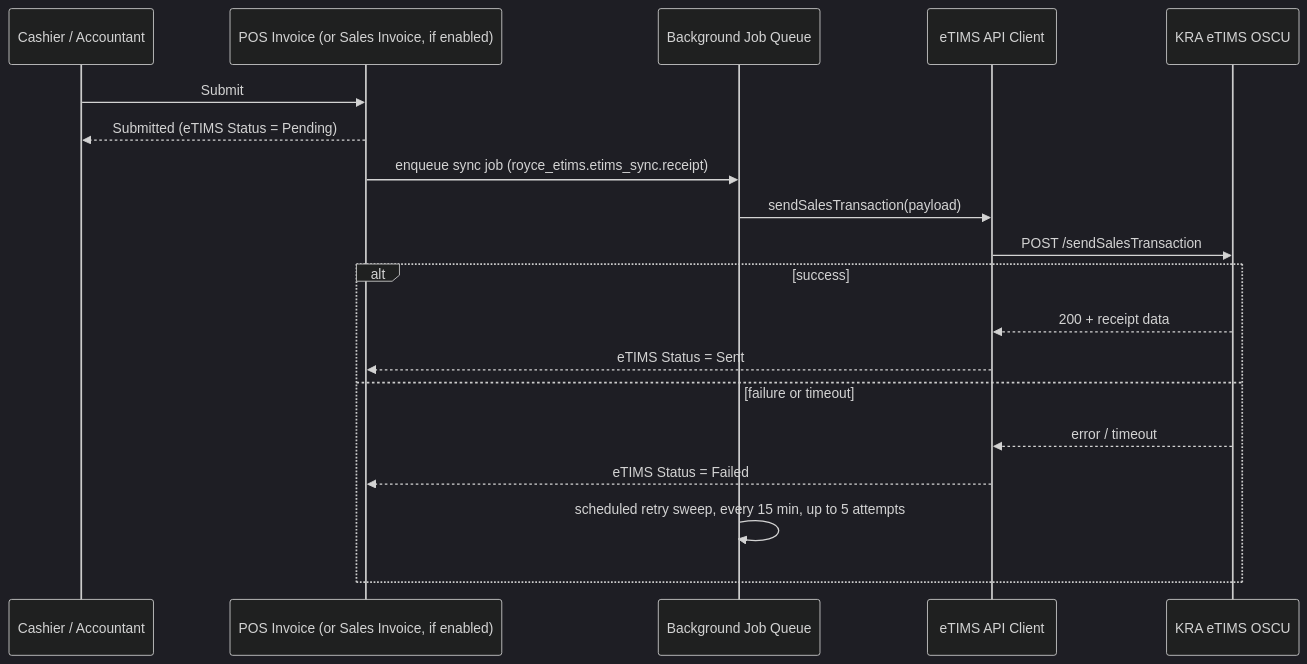
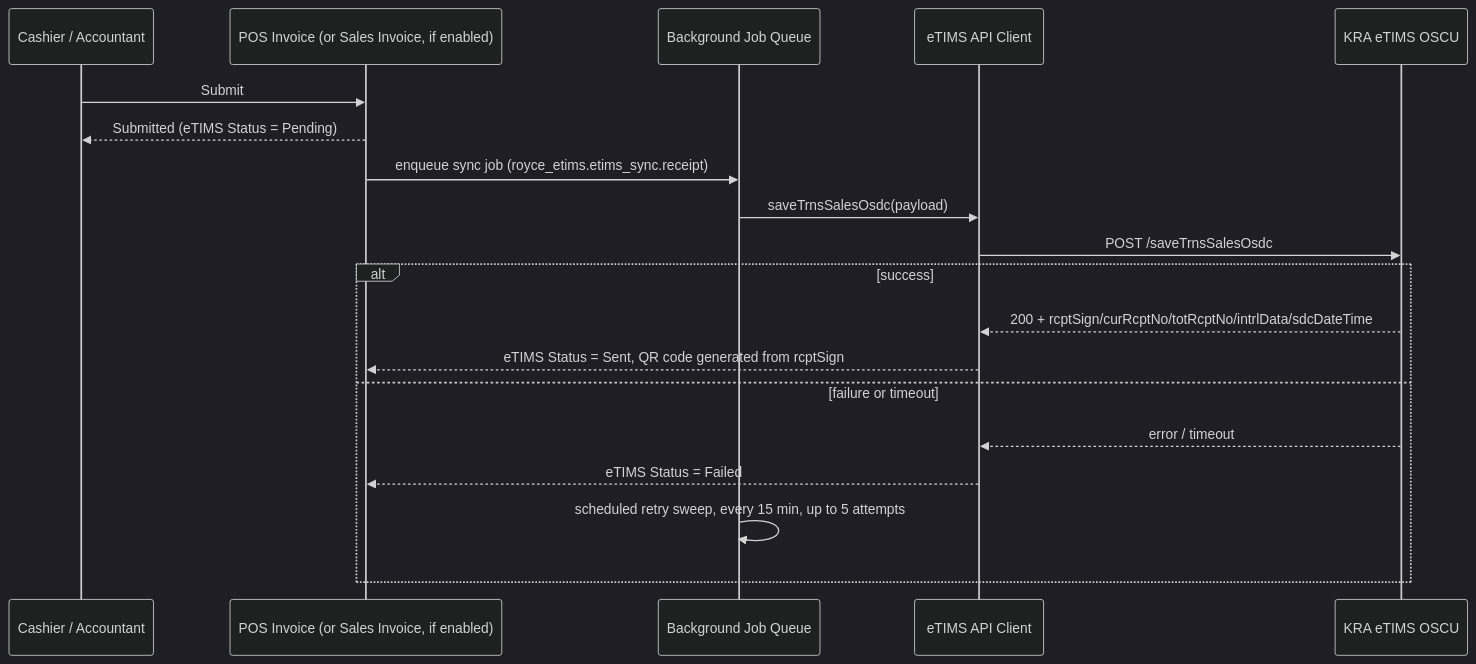
Before and after one commit to royceltd/en_royce_etims: the fourth of 4 diagrams in docs/architecture.md, drawn with Mermaid (dark theme). The commit also changed other lines of this file and 14 other files, not shown here.

````diff
--- a/docs/architecture.md
+++ b/docs/architecture.md
@@ -161,22 +218,22 @@
 ```mermaid
 sequenceDiagram
     participant U as Cashier / Accountant
     participant D as POS Invoice (or Sales Invoice, if enabled)
     participant Q as Background Job Queue
     participant API as eTIMS API Client
     participant KRA as KRA eTIMS OSCU
 
     U->>D: Submit
     D-->>U: Submitted (eTIMS Status = Pending)
     D->>Q: enqueue sync job (royce_etims.etims_sync.receipt)
-    Q->>API: sendSalesTransaction(payload)
-    API->>KRA: POST /sendSalesTransaction
+    Q->>API: saveTrnsSalesOsdc(payload)
+    API->>KRA: POST /saveTrnsSalesOsdc
     alt success
-        KRA-->>API: 200 + receipt data
-        API-->>D: eTIMS Status = Sent
+        KRA-->>API: 200 + rcptSign/curRcptNo/totRcptNo/intrlData/sdcDateTime
+        API-->>D: eTIMS Status = Sent, QR code generated from rcptSign
     else failure or timeout
         KRA-->>API: error / timeout
         API-->>D: eTIMS Status = Failed
         Q->>Q: scheduled retry sweep, every 15 min, up to 5 attempts
     end
 ```
````
